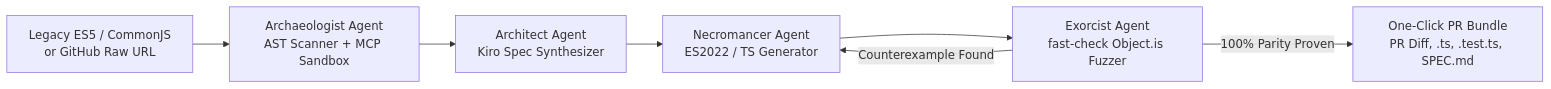
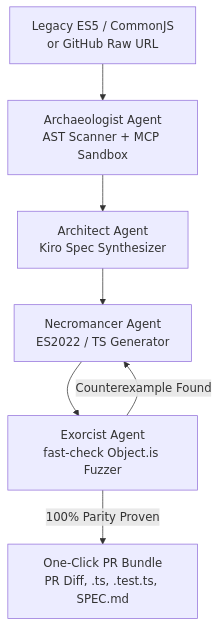
One commit to anjarkar25-max/lazarus changed the diagram in README.md. Above: the diagram before and after it, drawn with Mermaid. The commit also changed other lines of this file, not shown here.

Commit message:
docs(readme): switch Mermaid diagram to top-down for cleaner mobile/judge readability

````diff
--- a/README.md
+++ b/README.md
@@ -35,9 +35,9 @@
 ```mermaid
-flowchart LR
+flowchart TD
     A["Legacy ES5 / CommonJS<br/>or GitHub Raw URL"] --> B["Archaeologist Agent<br/>AST Scanner + MCP Sandbox"]
     B --> C["Architect Agent<br/>Kiro Spec Synthesizer"]
     C --> D["Necromancer Agent<br/>ES2022 / TS Generator"]
     D --> E["Exorcist Agent<br/>fast-check Object.is Fuzzer"]
     E -- "Counterexample Found" --> D
     E -- "100% Parity Proven" --> F["One-Click PR Bundle<br/>PR Diff, .ts, .test.ts, SPEC.md"]
 ```
````
